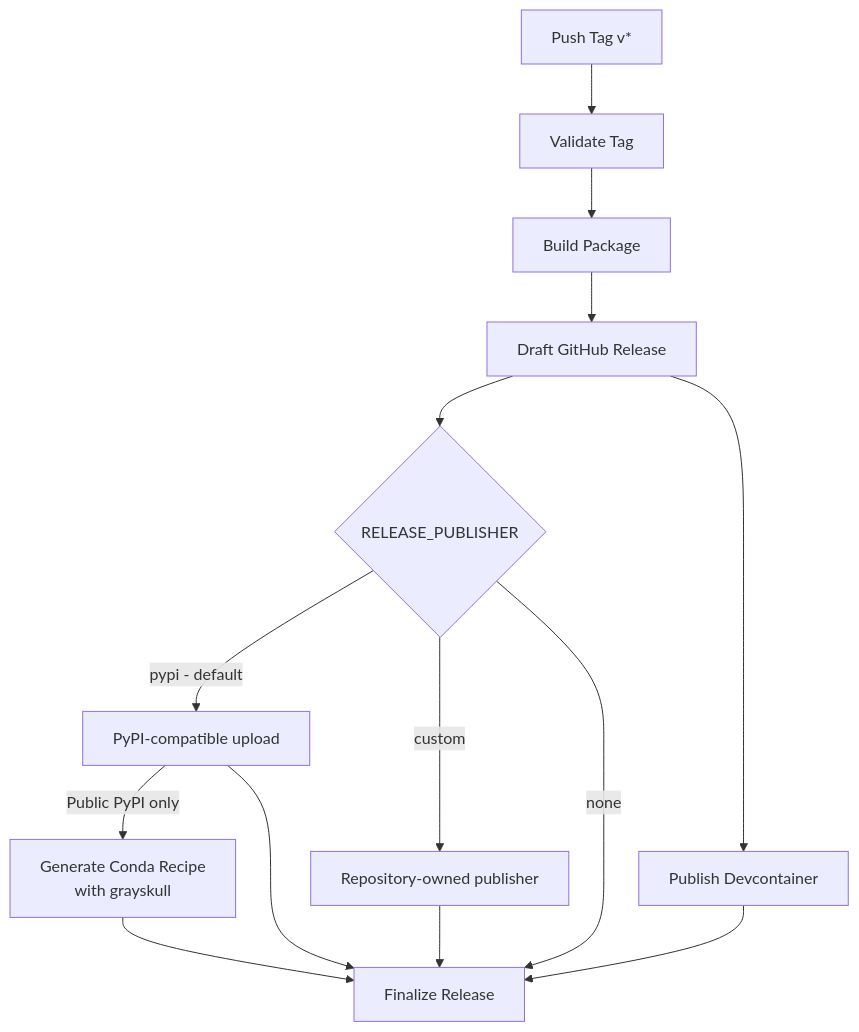
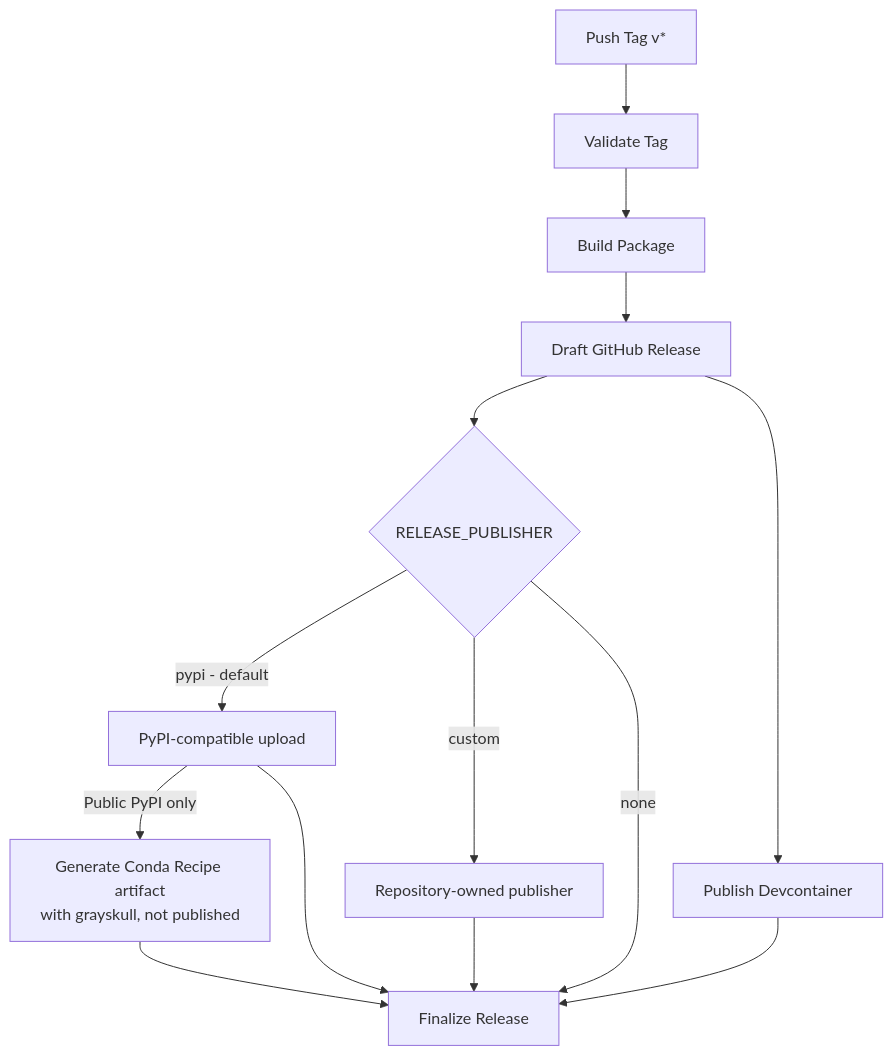
Before and after one commit to Jebel-Quant/rhiza: the fourth of 9 diagrams in docs/reference/ARCHITECTURE.md, drawn with Mermaid. The commit also changed other lines of this file and 15 other files, not shown here.

First line of the commit message:
feat(release): retry conda recipe generation without republishing (#1746) (#1761)

````diff
--- a/docs/reference/ARCHITECTURE.md
+++ b/docs/reference/ARCHITECTURE.md
@@ -134,16 +134,16 @@
 ```mermaid
 flowchart TD
     tag[Push Tag v*] --> validate[Validate Tag]
     validate --> build[Build Package]
     build --> draft[Draft GitHub Release]
     draft --> publisher{RELEASE_PUBLISHER}
     publisher -->|pypi - default| pypi[PyPI-compatible upload]
     publisher -->|custom| custom[Repository-owned publisher]
     publisher -->|none| finalize[Finalize Release]
-    pypi -->|Public PyPI only| conda[Generate Conda Recipe<br/>with grayskull]
+    pypi -->|Public PyPI only| conda[Generate Conda Recipe artifact<br/>with grayskull, not published]
     draft --> devcontainer[Publish Devcontainer]
     pypi --> finalize
     custom --> finalize
     conda --> finalize
     devcontainer --> finalize
 ```
````
